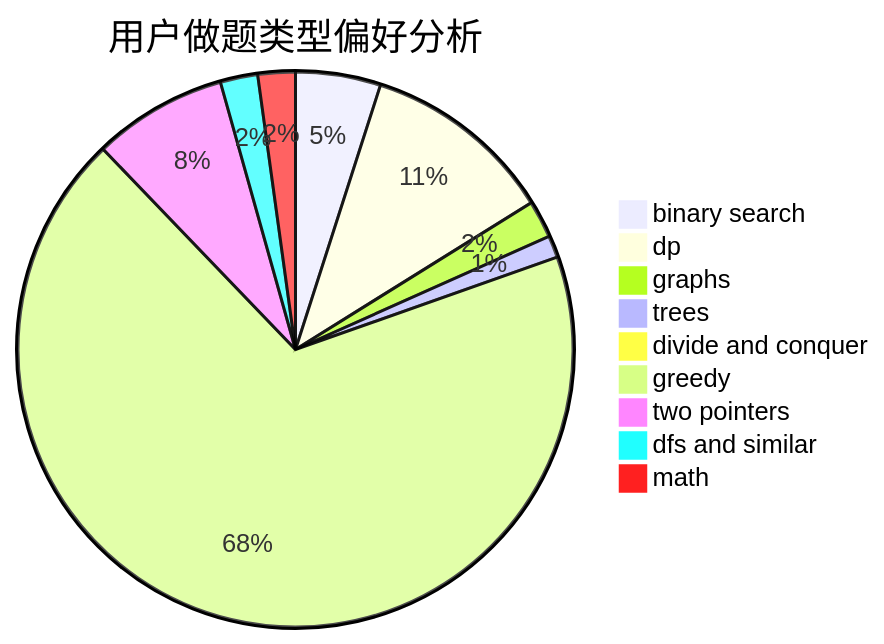
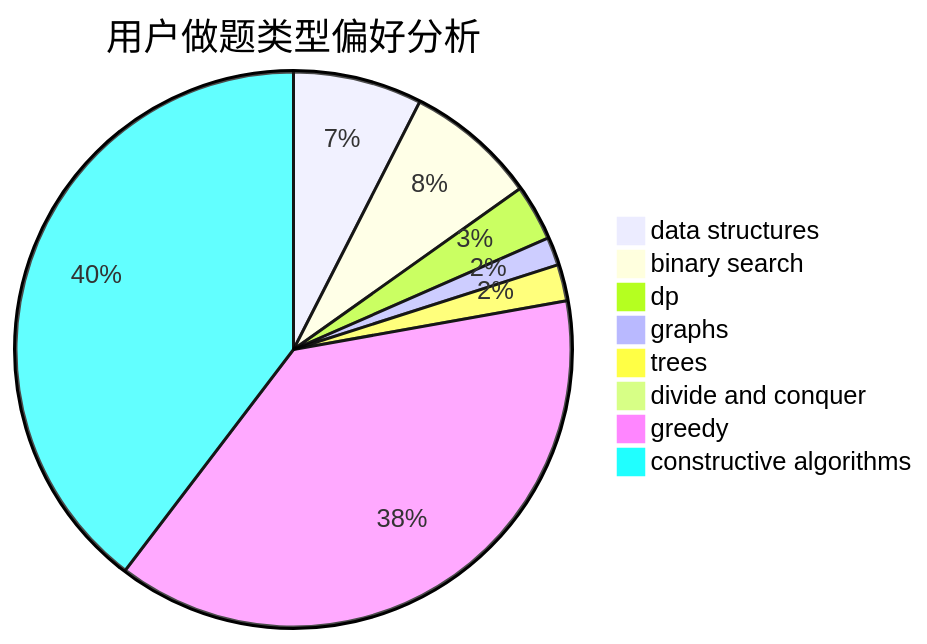
Before and after one commit to sherpahu/cfrs.github.io: the second of 3 diagrams in docs/user/u2711.md, drawn with Mermaid. The commit also changed other lines of this file and 2775 other files, not shown here.

````diff
--- a/docs/user/u2711.md
+++ b/docs/user/u2711.md
@@ -23,12 +23,11 @@
 ```mermaid
 pie title 用户做题类型偏好分析
-    "binary search" :  50
-    "dp" :  113
-    "graphs" :  22
+    "data structures" :  46
+    "binary search" :  47
+    "dp" :  20
+    "graphs" :  10
     "trees" :  13
-    "divide and conquer" :  6
-    "greedy" :  689
-    "two pointers" :  79
-    "dfs and similar" :  22
-    "math" :  22
+    "divide and conquer" :  1
+    "greedy" :  234
+    "constructive algorithms" :  243
 ```
````
